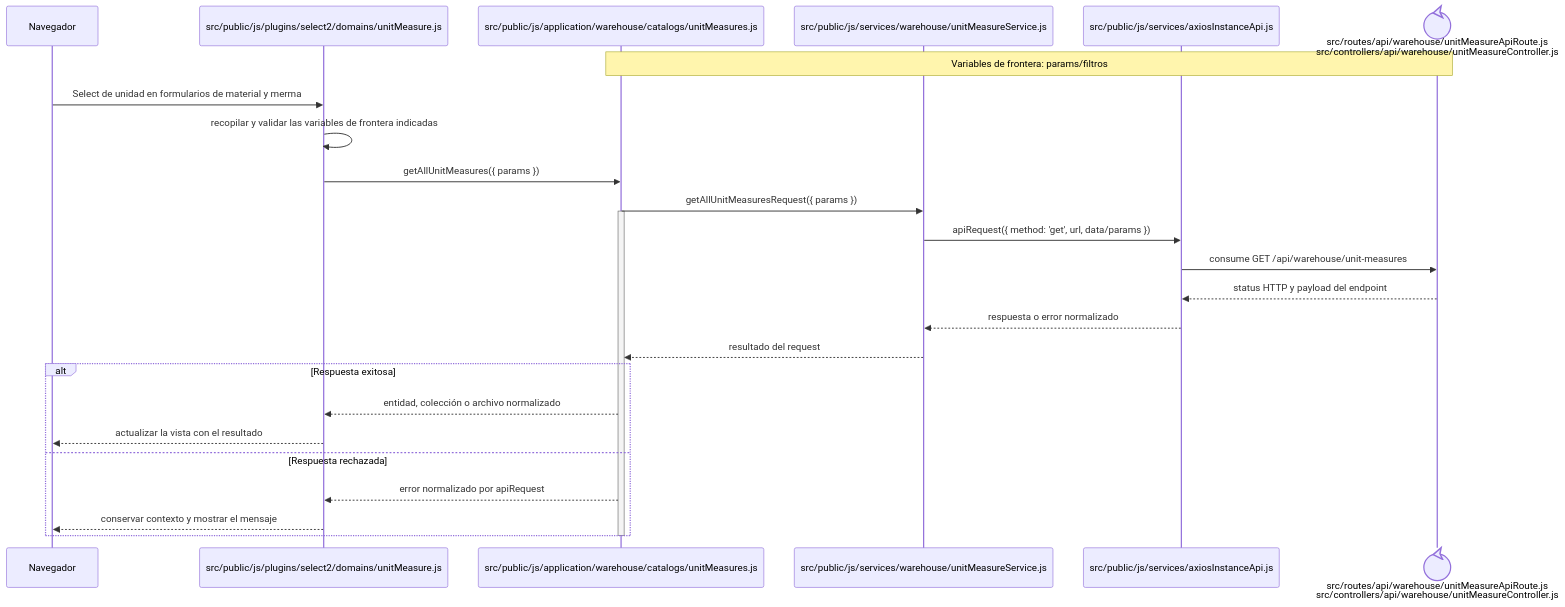
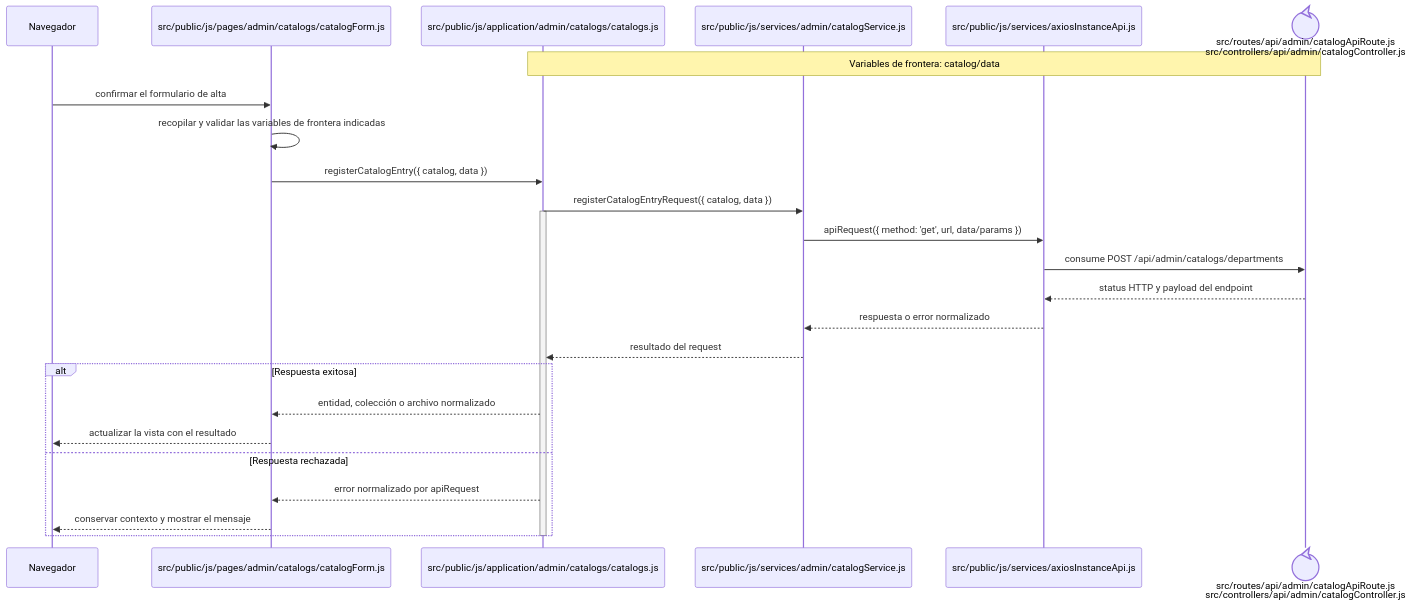
The diagram in docs/architecture/frontend-code-sequences/catalogs/cu-cat-28.md (gpgsistemas01/nexus), drawn with Mermaid before and after one commit. The commit also changed other lines of this file and 126 other files, not shown here.

````diff
--- a/docs/architecture/frontend-code-sequences/catalogs/cu-cat-28.md
+++ b/docs/architecture/frontend-code-sequences/catalogs/cu-cat-28.md
@@ -6,29 +6,29 @@
 ```mermaid
 sequenceDiagram
     participant Browser as Navegador
-    participant View as src/public/js/plugins/select2/domains/unitMeasure.js
-    participant Application as src/public/js/application/warehouse/catalogs/unitMeasures.js
-    participant Request as src/public/js/services/warehouse/unitMeasureService.js
+    participant View as src/public/js/pages/admin/catalogs/catalogForm.js
+    participant Application as src/public/js/application/admin/catalogs/catalogs.js
+    participant Request as src/public/js/services/admin/catalogService.js
     participant HTTP as src/public/js/services/axiosInstanceApi.js
-    participant Transport@{ "type": "control" } as src/routes/api/warehouse/unitMeasureApiRoute.js<br/>src/controllers/api/warehouse/unitMeasureController.js
-    Note over Application,Transport: Variables de frontera: params/filtros
+    participant Transport@{ "type": "control" } as src/routes/api/admin/catalogApiRoute.js<br/>src/controllers/api/admin/catalogController.js
+    Note over Application,Transport: Variables de frontera: catalog/data
 
-    Browser->>View: Select de unidad en formularios de material y merma
+    Browser->>View: confirmar el formulario de alta
     View->>View: recopilar y validar las variables de frontera indicadas
-    View->>Application: getAllUnitMeasures({ params })
-    Application->>Request: getAllUnitMeasuresRequest({ params })
+    View->>Application: registerCatalogEntry({ catalog, data })
+    Application->>Request: registerCatalogEntryRequest({ catalog, data })
     activate Application
     Request->>HTTP: apiRequest({ method: 'get', url, data/params })
-    HTTP->>Transport: consume GET /api/warehouse/unit-measures
+    HTTP->>Transport: consume POST /api/admin/catalogs/departments
     Transport-->>HTTP: status HTTP y payload del endpoint
     HTTP-->>Request: respuesta o error normalizado
     Request-->>Application: resultado del request
     alt Respuesta exitosa
         Application-->>View: entidad, colección o archivo normalizado
         View-->>Browser: actualizar la vista con el resultado
     else Respuesta rechazada
         Application-->>View: error normalizado por apiRequest
         View-->>Browser: conservar contexto y mostrar el mensaje
     end
     deactivate Application
 ```
````
